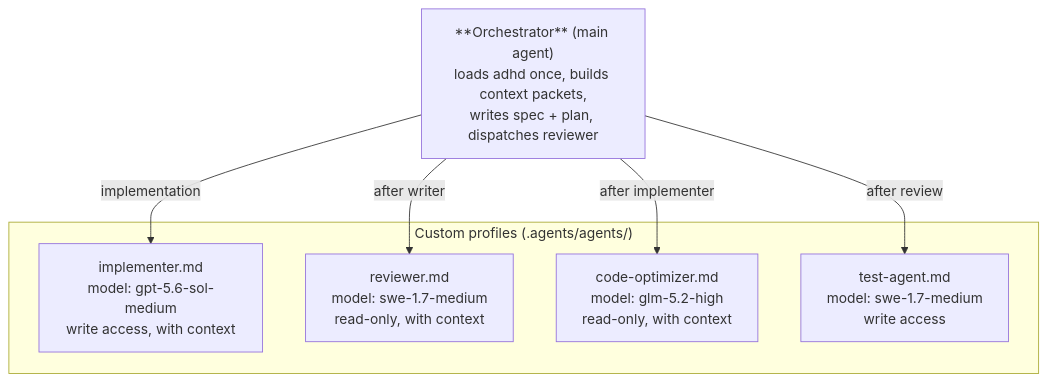
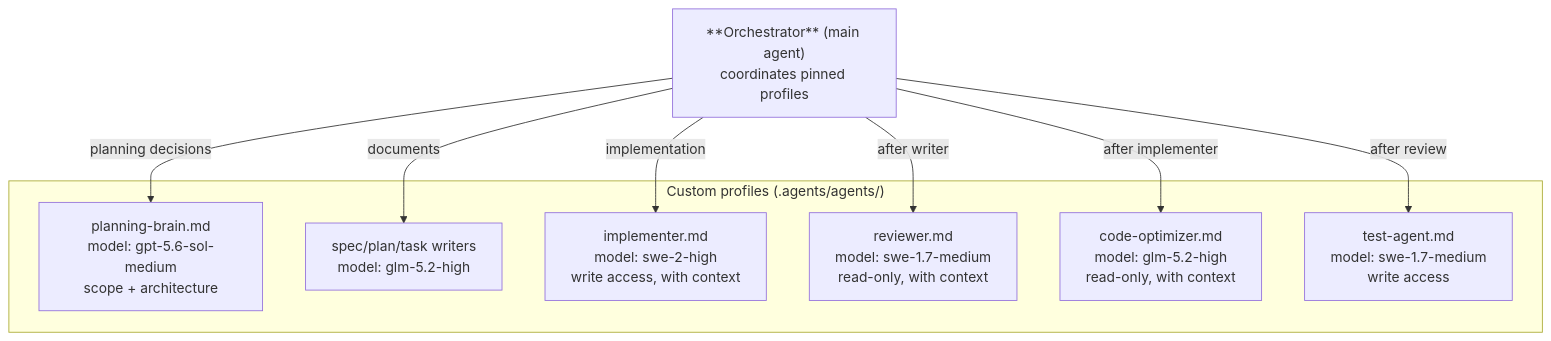
One commit to bperin/project-context changed the fourth of 4 diagrams in README.md. Above: the diagram before and after it, drawn with Mermaid. The commit also changed other lines of this file and 38 other files, not shown here.

````diff
--- a/README.md
+++ b/README.md
@@ -155,16 +160,20 @@
 ```mermaid
 graph TD
-    ORCH["**Orchestrator** (main agent)<br/>loads adhd once, builds context packets,<br/>writes spec + plan, dispatches reviewer"]
+    ORCH["**Orchestrator** (main agent)<br/>coordinates pinned profiles"]
 
     subgraph "Custom profiles (.agents/agents/)"
-        IMPL["implementer.md<br/>model: gpt-5.6-sol-medium<br/>write access, with context"]
+        BRAIN["planning-brain.md<br/>model: gpt-5.6-sol-medium<br/>scope + architecture"]
+        WRITERS["spec/plan/task writers<br/>model: glm-5.2-high"]
+        IMPL["implementer.md<br/>model: swe-2-high<br/>write access, with context"]
         REV["reviewer.md<br/>model: swe-1.7-medium<br/>read-only, with context"]
         CODEOPT["code-optimizer.md<br/>model: glm-5.2-high<br/>read-only, with context"]
         TEST["test-agent.md<br/>model: swe-1.7-medium<br/>write access"]
     end
 
+    ORCH -->|"planning decisions"| BRAIN
+    ORCH -->|"documents"| WRITERS
     ORCH -->|"implementation"| IMPL
     ORCH -->|"after writer"| REV
     ORCH -->|"after implementer"| CODEOPT
     ORCH -->|"after review"| TEST
 ```
````
